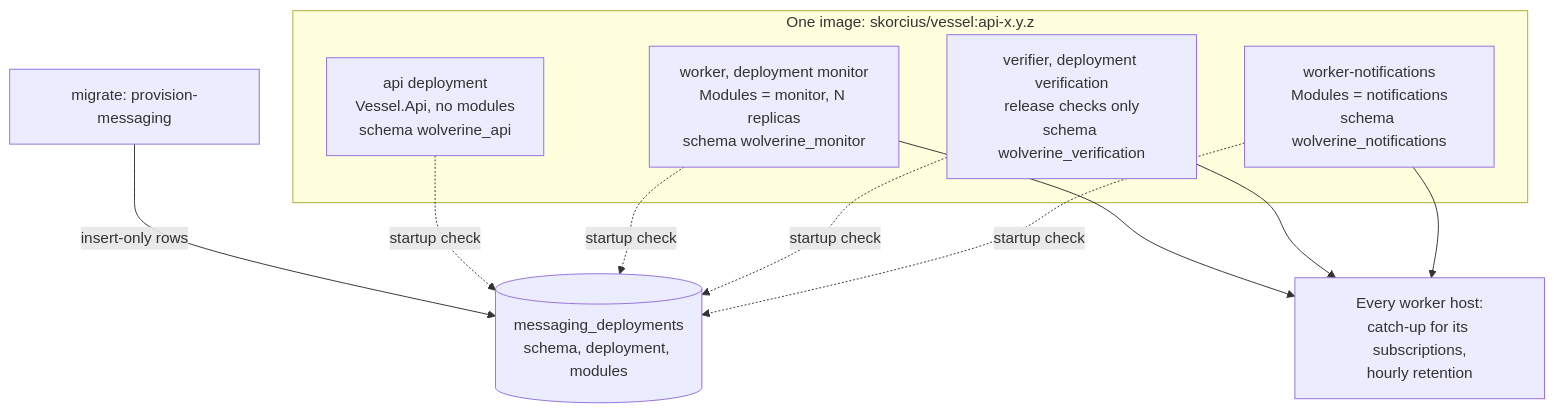
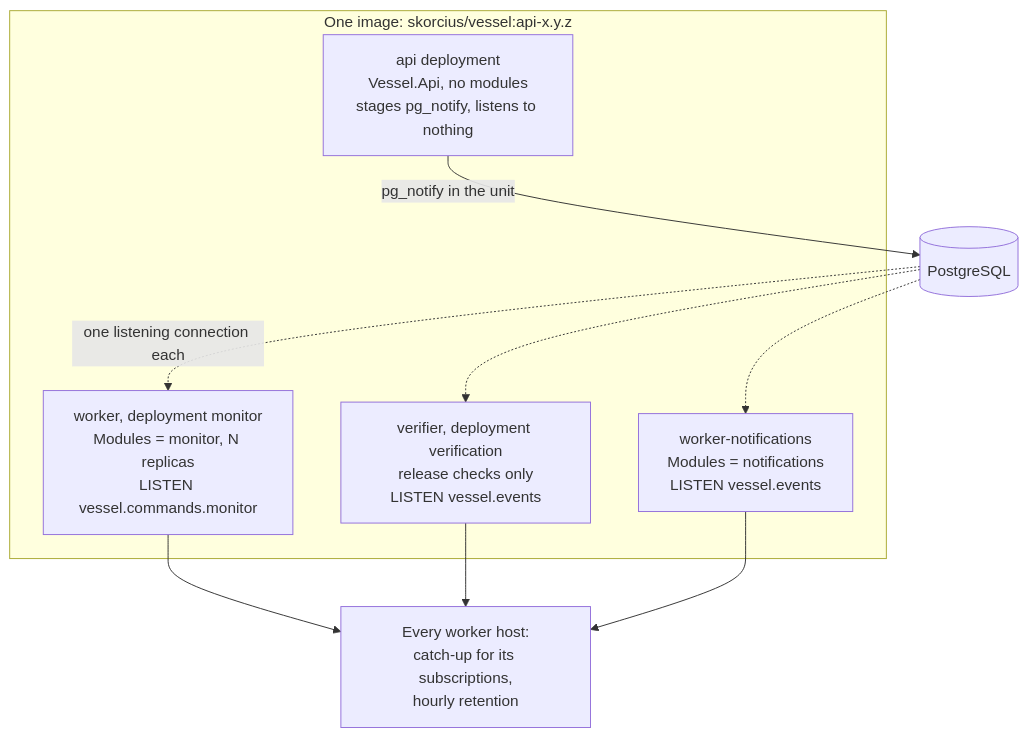
Before and after one commit to sloppitty/vessel: the fifth of 8 diagrams in docs/architecture/messaging-and-workers.md, drawn with Mermaid. The commit also changed other lines of this file and 102 other files, not shown here.

First line of the commit message:
feat(messaging): replace RabbitMQ and Wolverine with PostgreSQL LISTEN/NOTIFY (#99) (#171)

````diff
--- a/docs/architecture/messaging-and-workers.md
+++ b/docs/architecture/messaging-and-workers.md
@@ -370,17 +368,16 @@
 ```mermaid
 flowchart TB
     subgraph Image["One image: skorcius/vessel:api-x.y.z"]
-        ApiDep["api deployment<br/>Vessel.Api, no modules<br/>schema wolverine_api"]
-        MonDep["worker, deployment monitor<br/>Modules = monitor, N replicas<br/>schema wolverine_monitor"]
-        VerDep["verifier, deployment verification<br/>release checks only<br/>schema wolverine_verification"]
-        NotDep["worker-notifications<br/>Modules = notifications<br/>schema wolverine_notifications"]
+        ApiDep["api deployment<br/>Vessel.Api, no modules<br/>stages pg_notify, listens to nothing"]
+        MonDep["worker, deployment monitor<br/>Modules = monitor, N replicas<br/>LISTEN vessel.commands.monitor"]
+        VerDep["verifier, deployment verification<br/>release checks only<br/>LISTEN vessel.events"]
+        NotDep["worker-notifications<br/>Modules = notifications<br/>LISTEN vessel.events"]
     end
-    Migrate["migrate: provision-messaging"] -->|"insert-only rows"| Registry[("messaging_deployments<br/>schema, deployment, modules")]
-    ApiDep -.->|"startup check"| Registry
-    MonDep -.->|"startup check"| Registry
-    VerDep -.->|"startup check"| Registry
-    NotDep -.->|"startup check"| Registry
+    ApiDep -->|"pg_notify in the unit"| Pg[("PostgreSQL")]
+    Pg -.->|"one listening connection each"| MonDep
+    Pg -.-> VerDep
+    Pg -.-> NotDep
     MonDep --> Maint["Every worker host:<br/>catch-up for its subscriptions,<br/>hourly retention"]
     VerDep --> Maint
     NotDep --> Maint
 ```
````
